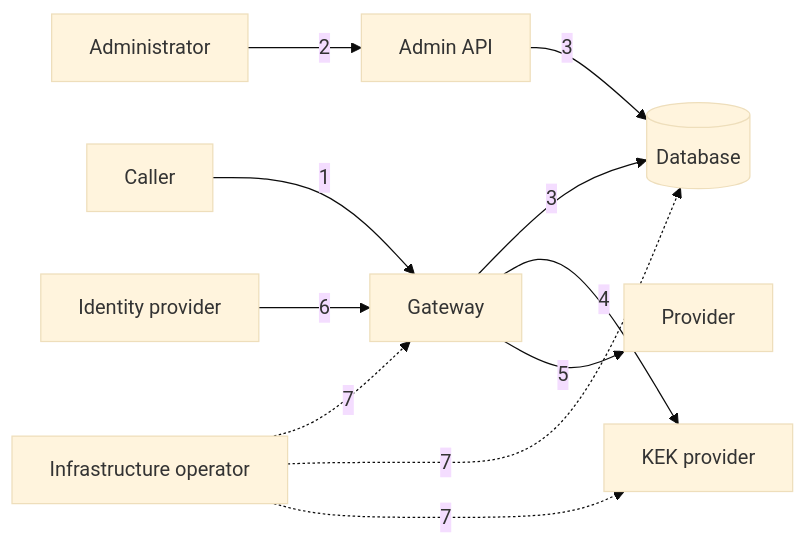
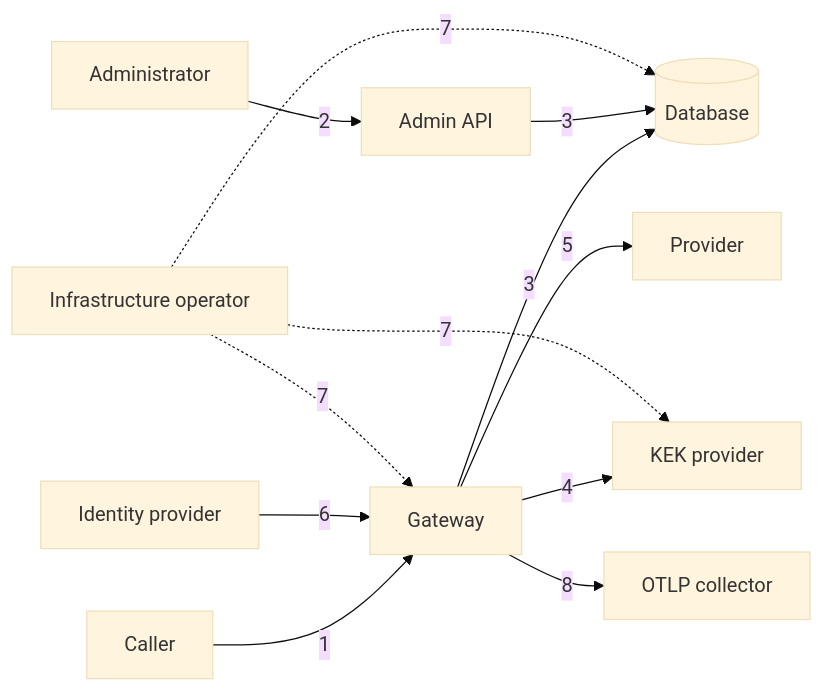
Before and after one commit to pandokos/pandokos: the first of 2 diagrams in docs/architecture/security-model.md, drawn with Mermaid (base theme). The commit also changed other lines of this file and 144 other files, not shown here.

````diff
--- a/docs/architecture/security-model.md
+++ b/docs/architecture/security-model.md
@@ -22,13 +22,14 @@
 ```mermaid
 flowchart LR
     caller[Caller] -- 1 --> gw[Gateway]
     admin_user[Administrator] -- 2 --> adm[Admin API]
     gw -- 3 --> db[(Database)]
     adm -- 3 --> db
     gw -- 4 --> kek[KEK provider]
     gw -- 5 --> provider[Provider]
+    gw -- 8 --> otel[OTLP collector]
     idp[Identity provider] -- 6 --> gw
     infra[Infrastructure operator] -. 7 .-> gw
     infra -. 7 .-> db
     infra -. 7 .-> kek
 ```
````
